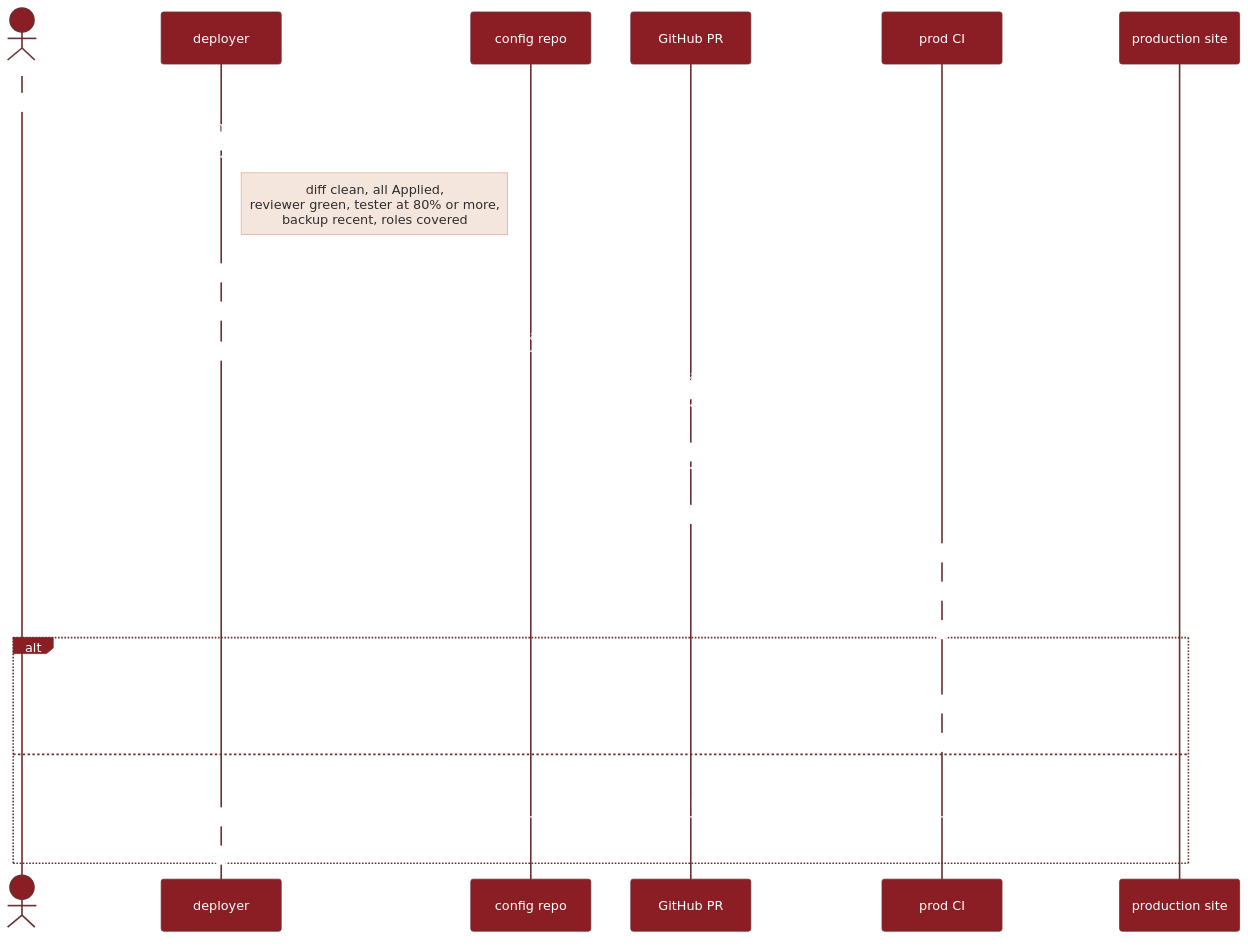
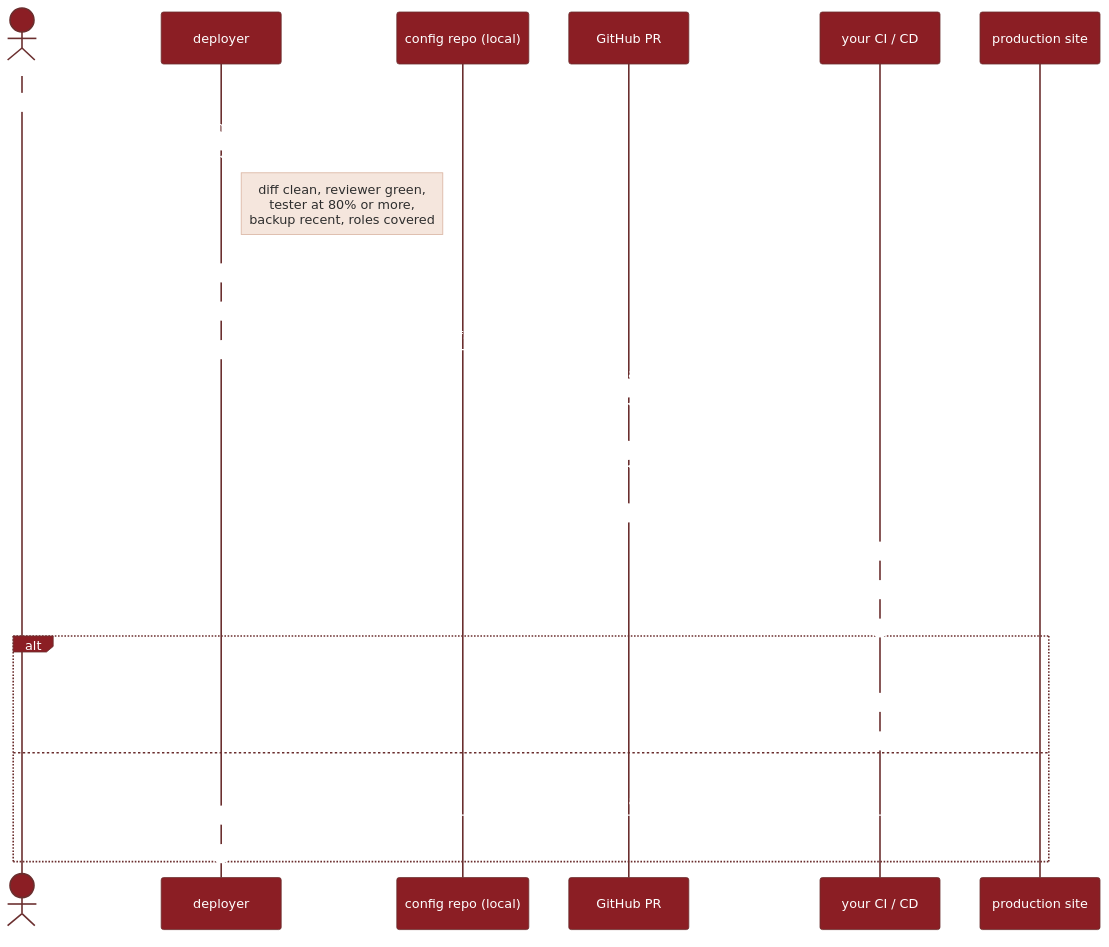
One commit to dhwani-ris/frappe-stack changed the second of 2 diagrams in docs/architecture.md. Above: the diagram before and after it, drawn with Mermaid. The commit also changed other lines of this file and 50 other files, not shown here.

````diff
--- a/docs/architecture.md
+++ b/docs/architecture.md
@@ -106,49 +105,49 @@
 ```mermaid
 %%{init: {
   'theme': 'base',
   'themeVariables': {
     'primaryColor': '#8B1E24',
     'primaryTextColor': '#ffffff',
     'primaryBorderColor': '#6A2E2E',
     'lineColor': '#9E2A2F',
     'secondaryColor': '#F5E6DD',
     'actorBkg': '#8B1E24',
     'actorTextColor': '#ffffff',
     'actorLineColor': '#6A2E2E',
     'noteBkgColor': '#F5E6DD',
     'noteTextColor': '#2E2E2E',
     'noteBorderColor': '#D9B3A0',
     'sequenceNumberColor': '#ffffff',
     'fontFamily': 'Inter, system-ui, sans-serif',
     'fontSize': '14px'
   }
 }}%%
 sequenceDiagram
     autonumber
     actor PM
     participant Dep as deployer
-    participant Repo as config repo
+    participant Repo as config repo (local)
     participant GH as GitHub PR
-    participant CI as prod CI
+    participant CI as your CI / CD
     participant Prod as production site
 
     PM->>Dep: /frappe-stack:promote
     Dep->>Dep: run pre-promote checklist
-    Note right of Dep: diff clean, all Applied,<br>reviewer green, tester at 80% or more,<br>backup recent, roles covered
-    Dep->>Repo: exporter writes per-blueprint JSONs
-    Dep->>Repo: committer creates branch and commits
-    Dep->>GH: pr_opener via gh CLI or REST fallback
+    Note right of Dep: diff clean, reviewer green,<br>tester at 80% or more,<br>backup recent, roles covered
+    Dep->>Repo: write per-blueprint JSONs
+    Dep->>Repo: git commit and push branch
+    Dep->>GH: gh pr create (REST fallback)
     GH->>GH: reviewer rotation tagged
     GH->>GH: reviewer approves
-    GH->>CI: merge triggers CI
+    GH->>CI: merge triggers your pipeline
     CI->>Prod: bench backup
-    CI->>Prod: bench migrate (idempotent)
+    CI->>Prod: bench migrate
     CI->>Prod: bench restart
     alt migrate fails
         CI->>Prod: restore backup
         CI->>GH: revert merge and page on-call
     else migrate succeeds
         Dep->>Prod: smoke-test changed surface
         Dep-->>PM: done, ready to ship
     end
 ```
````
